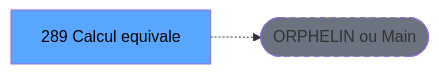
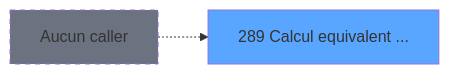
The second of 3 diagrams in .openspec/specs/ADH-IDE-289.md (thonyAGP/magic-migration), drawn with Mermaid before and after one commit. The commit also changed other lines of this file and 493 other files, not shown here.

````diff
--- a/.openspec/specs/ADH-IDE-289.md
+++ b/.openspec/specs/ADH-IDE-289.md
@@ -121,8 +169,8 @@
 ```mermaid
 graph LR
-    T[289 Calcul equivale]
-    ORPHAN([ORPHELIN ou Main])
-    T -.-> ORPHAN
-    style T fill:#58a6ff,color:#000
-    style ORPHAN fill:#6b7280,stroke-dasharray: 5 5
+    T289[289 Calcul equivalent ...]
+    style T289 fill:#58a6ff
+    NONE[Aucun caller]
+    NONE -.-> T289
+    style NONE fill:#6b7280,stroke-dasharray: 5 5
 ```
````
